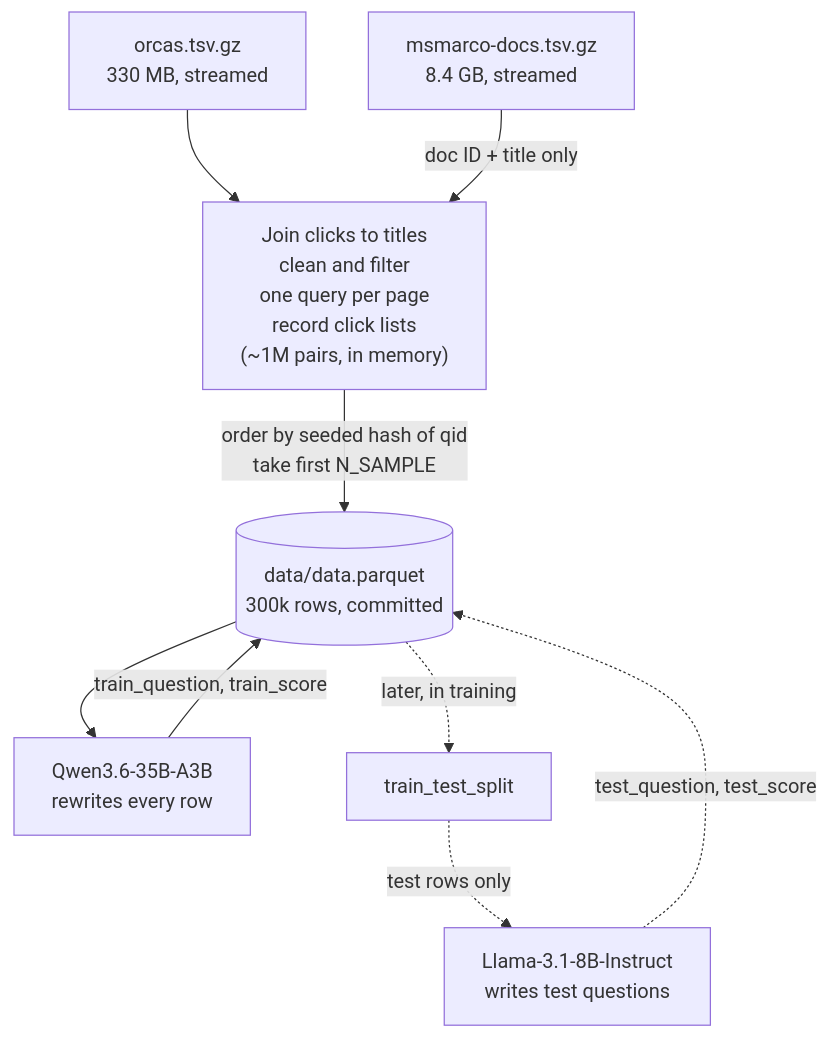
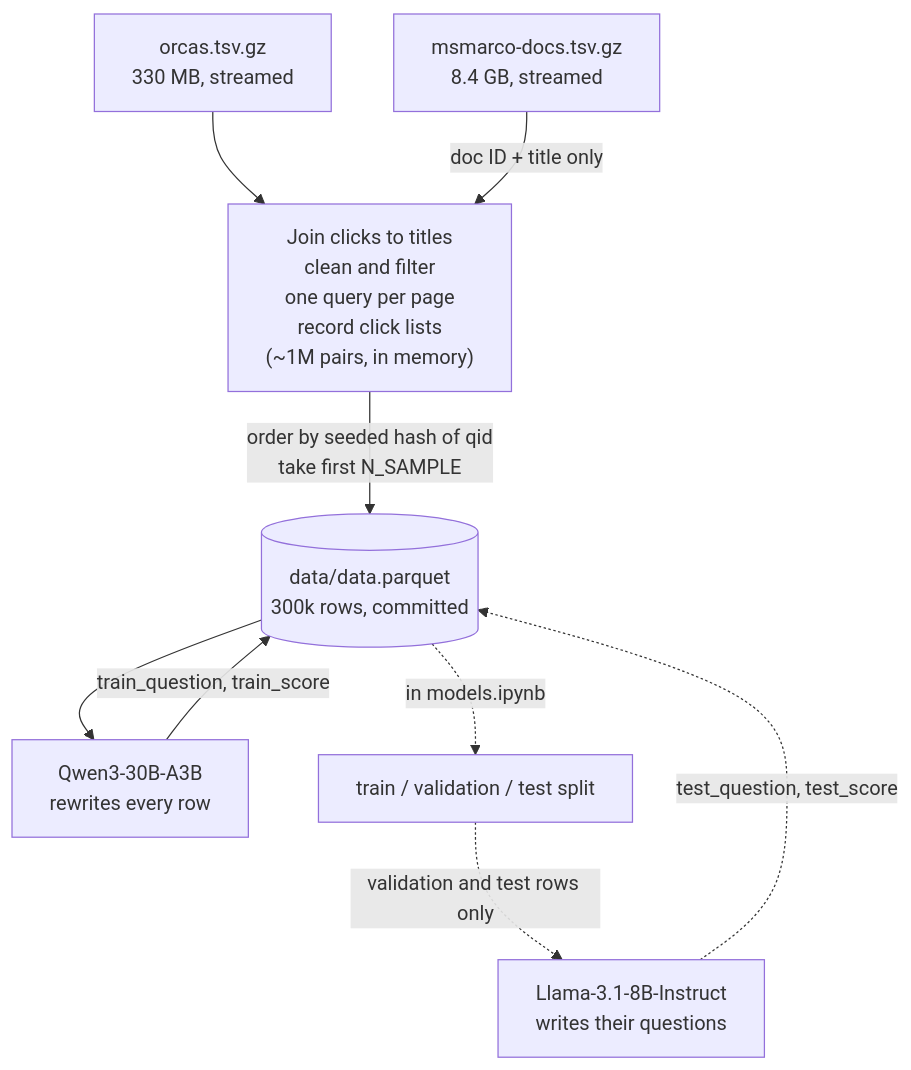
The second of 2 diagrams in README.md (Adi-Ram123/Breadcrumbs-History-Retriever), drawn with Mermaid before and after one commit. The commit also changed other lines of this file and 2 other files, not shown here.

````diff
--- a/README.md
+++ b/README.md
@@ -102,11 +94,11 @@
 ```mermaid
 flowchart TD
     O["orcas.tsv.gz<br/>330 MB, streamed"] --> J
     M["msmarco-docs.tsv.gz<br/>8.4 GB, streamed"] -->|"doc ID + title only"| J
     J["Join clicks to titles<br/>clean and filter<br/>one query per page<br/>record click lists<br/>(~1M pairs, in memory)"] -->|"order by seeded hash of qid<br/>take first N_SAMPLE"| S[("data/data.parquet<br/>300k rows, committed")]
-    S --> W["Qwen3.6-35B-A3B<br/>rewrites every row"]
+    S --> W["Qwen3-30B-A3B<br/>rewrites every row"]
     W -->|"train_question, train_score"| S
-    S -.->|"later, in training"| T["train_test_split"]
-    T -.->|"test rows only"| L["Llama-3.1-8B-Instruct<br/>writes test questions"]
+    S -.->|"in models.ipynb"| T["train / validation / test split"]
+    T -.->|"validation and test rows only"| L["Llama-3.1-8B-Instruct<br/>writes their questions"]
     L -.->|"test_question, test_score"| S
 ```
````
